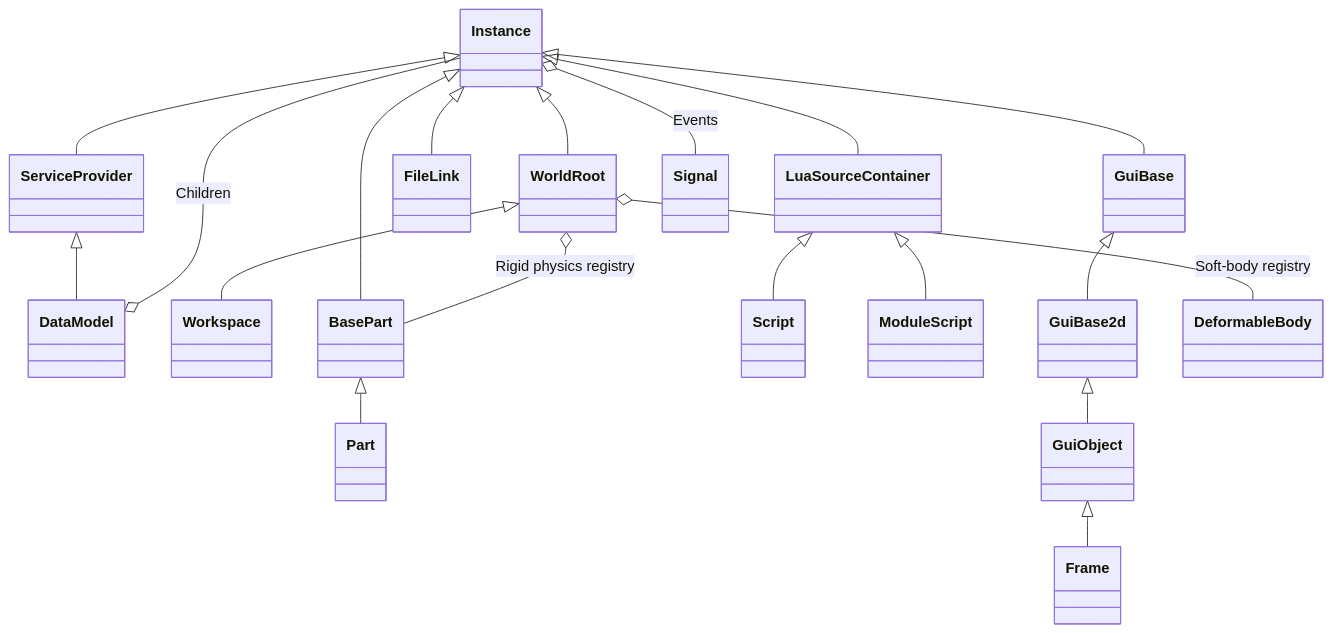
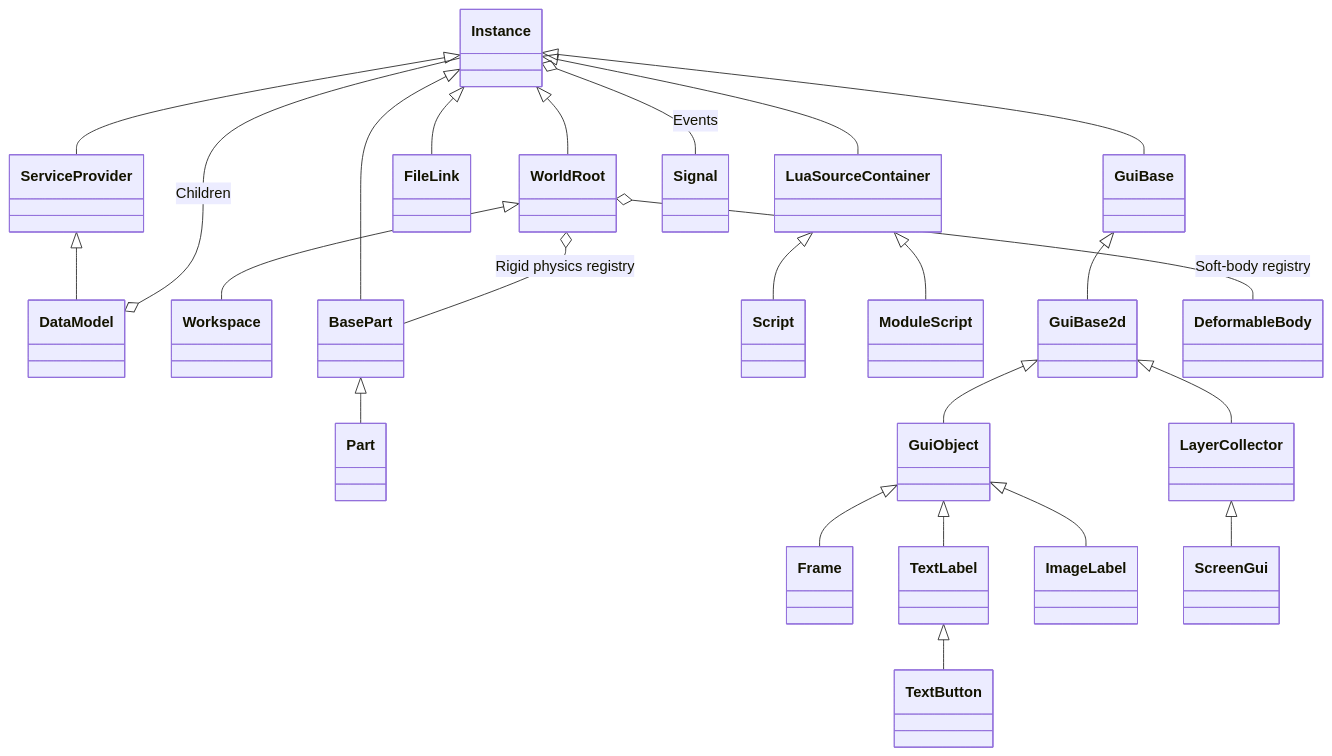
One commit to gmoddev/gargantuan changed the second of 3 diagrams in devdocs/CurrentArchitecture/README.md. Above: the diagram before and after it, drawn with Mermaid. The commit also changed other lines of this file and 5 other files, not shown here.

Commit message:
Document GUI Foundation architecture

````diff
--- a/devdocs/CurrentArchitecture/README.md
+++ b/devdocs/CurrentArchitecture/README.md
@@ -117,21 +123,26 @@
 ```mermaid
 classDiagram
     Instance <|-- ServiceProvider
     ServiceProvider <|-- DataModel
     Instance <|-- WorldRoot
     WorldRoot <|-- Workspace
     Instance <|-- BasePart
     BasePart <|-- Part
     Instance <|-- LuaSourceContainer
     LuaSourceContainer <|-- Script
     LuaSourceContainer <|-- ModuleScript
     Instance <|-- FileLink
     Instance <|-- GuiBase
     GuiBase <|-- GuiBase2d
     GuiBase2d <|-- GuiObject
     GuiObject <|-- Frame
+	GuiObject <|-- TextLabel
+	TextLabel <|-- TextButton
+	GuiObject <|-- ImageLabel
+	GuiBase2d <|-- LayerCollector
+	LayerCollector <|-- ScreenGui
     DataModel o-- Instance : Children
     Instance o-- Signal : Events
     WorldRoot o-- BasePart : Rigid physics registry
     WorldRoot o-- DeformableBody : Soft-body registry
 ```
````
